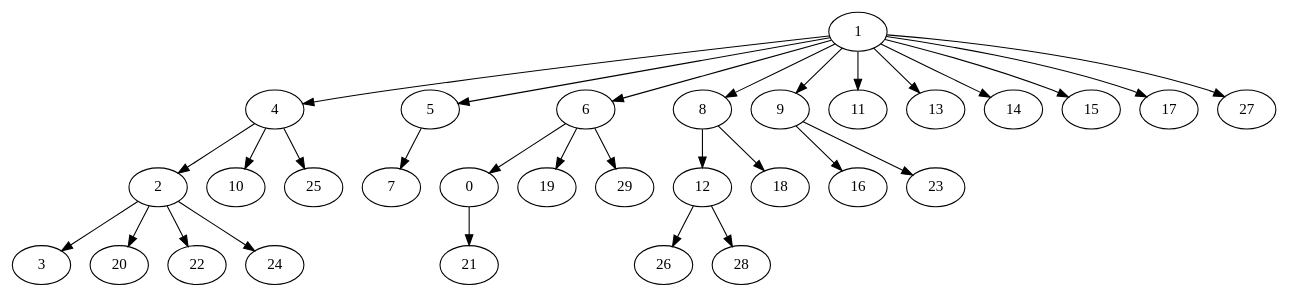
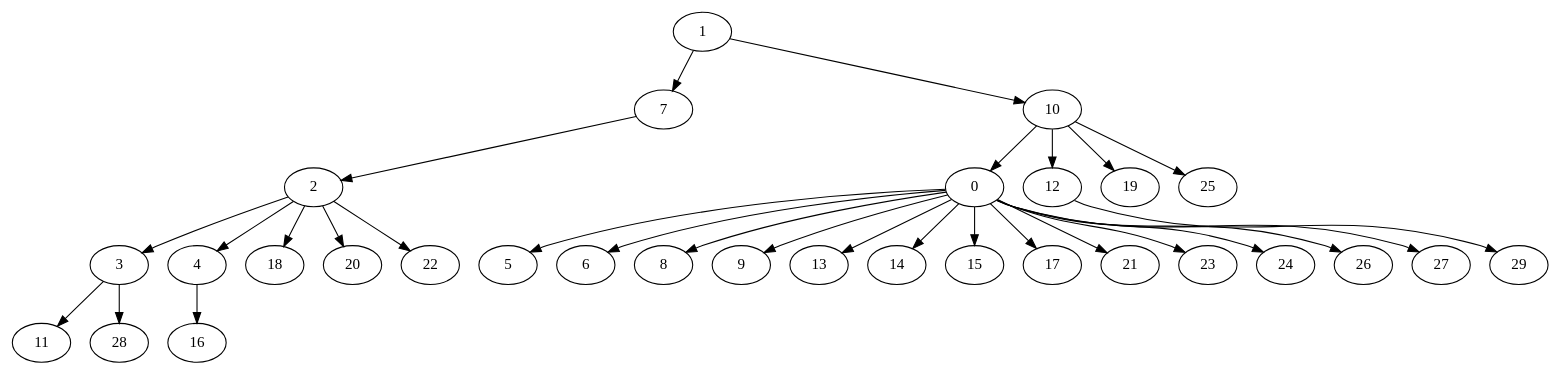
Before and after one commit to GusRojas/Grafos2DAA_A24: the diagram in arbol_bfs_dorogov30.gv, drawn with Graphviz. The commit also changed 14 other files, not shown here.

```diff
--- a/arbol_bfs_dorogov30.gv
+++ b/arbol_bfs_dorogov30.gv
@@ -1,31 +1,31 @@
 digraph {
-  1 -> 4;
-  1 -> 5;
-  1 -> 6;
-  1 -> 8;
-  1 -> 9;
-  1 -> 11;
-  1 -> 13;
-  1 -> 14;
-  1 -> 15;
-  1 -> 17;
-  1 -> 27;
-  4 -> 2;
-  4 -> 10;
-  4 -> 25;
-  5 -> 7;
-  6 -> 0;
-  6 -> 19;
-  6 -> 29;
-  8 -> 12;
-  8 -> 18;
-  9 -> 16;
-  9 -> 23;
+  1 -> 7;
+  1 -> 10;
+  7 -> 2;
+  10 -> 0;
+  10 -> 12;
+  10 -> 19;
+  10 -> 25;
   2 -> 3;
+  2 -> 4;
+  2 -> 18;
   2 -> 20;
   2 -> 22;
-  2 -> 24;
+  0 -> 5;
+  0 -> 6;
+  0 -> 8;
+  0 -> 9;
+  0 -> 13;
+  0 -> 14;
+  0 -> 15;
+  0 -> 17;
   0 -> 21;
-  12 -> 26;
-  12 -> 28;
+  0 -> 23;
+  0 -> 24;
+  0 -> 26;
+  0 -> 27;
+  12 -> 29;
+  3 -> 11;
+  3 -> 28;
+  4 -> 16;
 }
```
